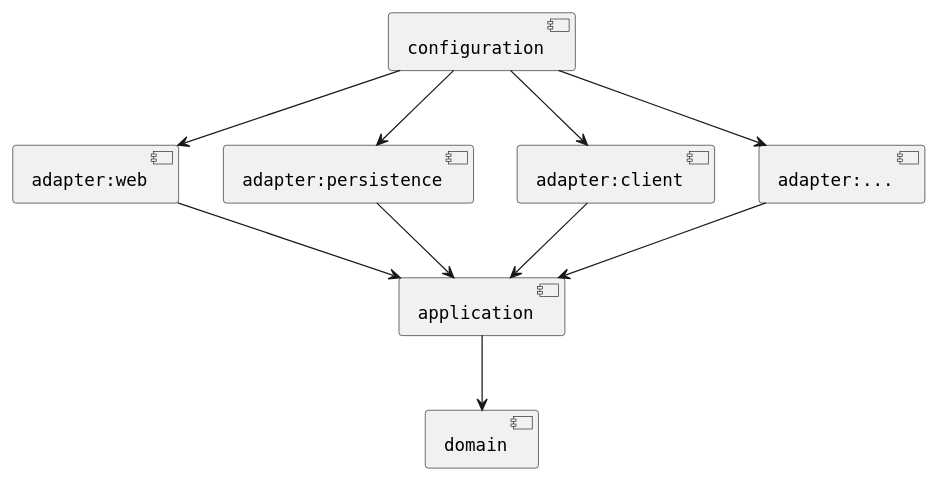
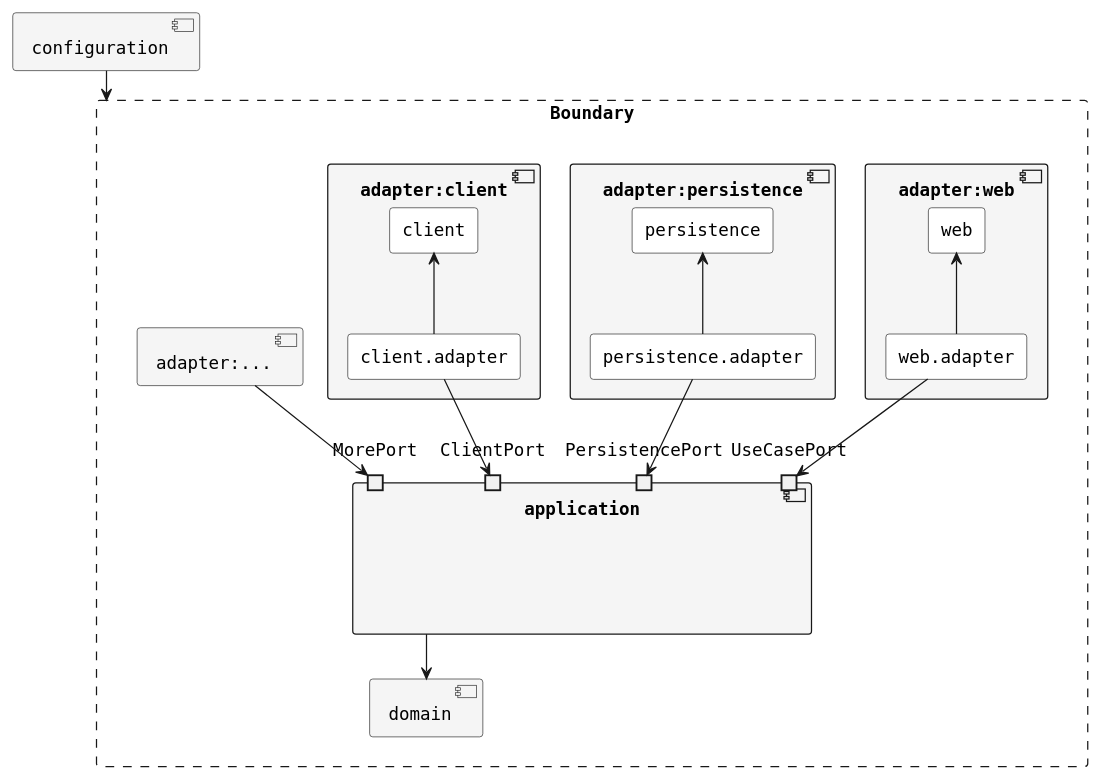
The diagram in README.md (macdao/hands-on-clean-architecture-template), drawn with PlantUML before and after one commit. The commit also changed 4 other files, not shown here.

````diff
--- a/README.md
+++ b/README.md
@@ -85,16 +85,46 @@
 ```plantuml
 @startuml
 skinparam defaultFontName Fira Code, Monospaced
+skinparam RectangleBorderStyle<<Boundary>> dashed
+skinparam RectangleBackgroundColor White
+skinparam ComponentBackgroundColor WhiteSmoke
+hide <<Boundary>> stereotype
 
-[application] --> [domain]
-[adapter:web] --> [application]
-[adapter:persistence] --> [application]
-[adapter:client] --> [application]
-[adapter:...] --> [application]
-[configuration] --> [adapter:web]
-[configuration] --> [adapter:persistence]
-[configuration] --> [adapter:client]
-[configuration] --> [adapter:...]
+rectangle Boundary <<Boundary>> {
+  component application {
+    port UseCasePort
+    port PersistencePort
+    port ClientPort
+    port MorePort
+  }
+  [application] --> [domain]
+
+  component adapter:web {
+    rectangle web
+    rectangle web.adapter
+    web <-- web.adapter
+  }
+  [web.adapter] --> UseCasePort
+
+  component adapter:persistence {
+    rectangle persistence
+    rectangle persistence.adapter
+    [persistence] <-- [persistence.adapter]
+  }
+  [persistence.adapter] --> PersistencePort
+
+  component adapter:client {
+    rectangle client
+    rectangle client.adapter
+    [client] <-- [client.adapter]
+  }
+  [client.adapter] --> ClientPort
+
+  [adapter:...] --> MorePort
+}
+
+
+[configuration] --> Boundary
 
 @enduml
 ```
````
